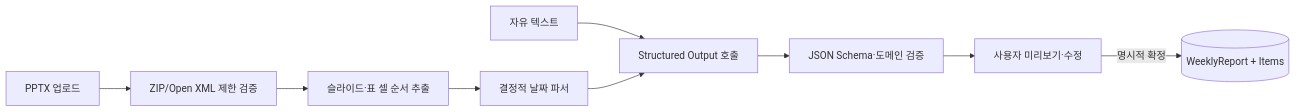
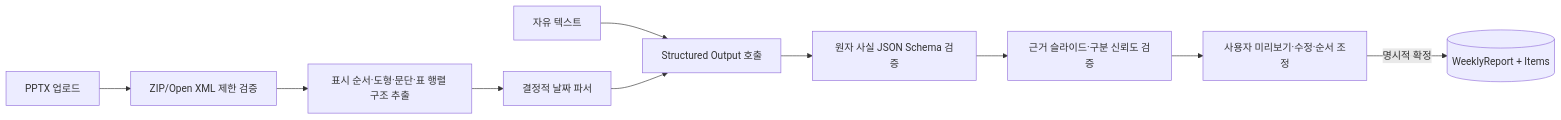
Before and after one commit to hkjang/weekly: the fourth of 5 diagrams in docs/DESIGN.md, drawn with Mermaid. The commit also changed other lines of this file and 30 other files, not shown here.

````diff
--- a/docs/DESIGN.md
+++ b/docs/DESIGN.md
@@ -104,11 +105,12 @@
 ```mermaid
 flowchart LR
   TXT[자유 텍스트] --> A[Structured Output 호출]
   PPT[PPTX 업로드] --> Z[ZIP/Open XML 제한 검증]
-  Z --> E[슬라이드·표 셀 순서 추출]
+  Z --> E[표시 순서·도형·문단·표 행렬 구조 추출]
   E --> D[결정적 날짜 파서]
   D --> A
-  A --> J[JSON Schema·도메인 검증]
-  J --> P[사용자 미리보기·수정]
+  A --> J[원자 사실 JSON Schema 검증]
+  J --> G[근거 슬라이드·구분 신뢰도 검증]
+  G --> P[사용자 미리보기·수정·순서 조정]
   P -->|명시적 확정| R[(WeeklyReport + Items)]
 ```
````
